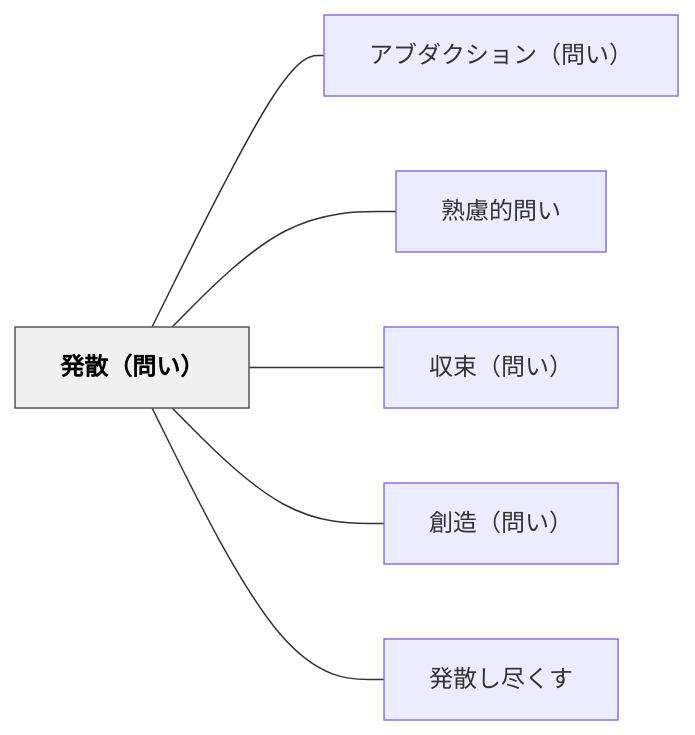
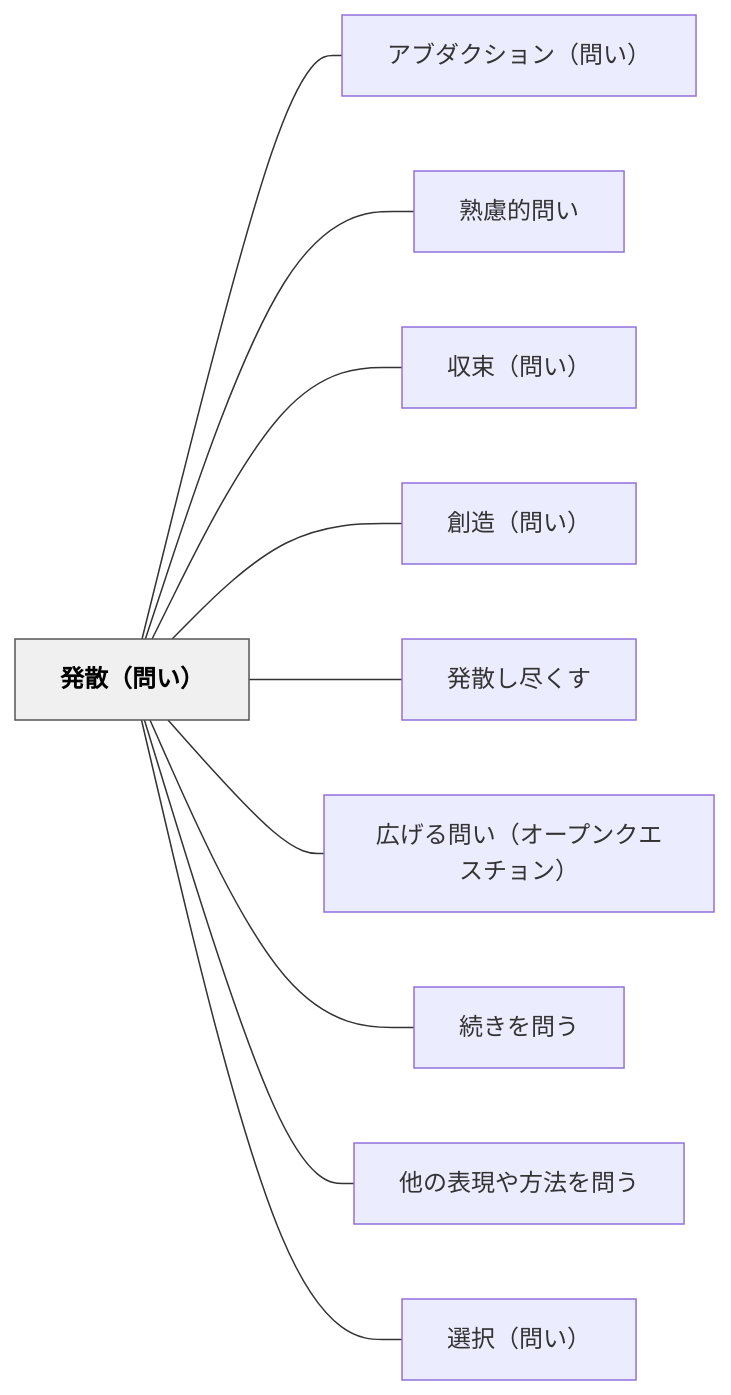
Before and after one commit to unknownthings-ed-patterns/unknownthings-ed-patterns: the diagram in content/パタン/発散（問い）.md, drawn with Mermaid. The commit also changed other lines of this file and 37 other files, not shown here.

````diff
--- a/content/パタン/発散（問い）.md
+++ b/content/パタン/発散（問い）.md
@@ -49,18 +60,26 @@
 ```mermaid
 flowchart LR
     ne799bae695a3efbc88e5958fe38184efbc89["発散（問い）"]
     ne382a2e38396e38380e382afe382b7e383a7e383b3efbc88e5958fe38184efbc89["アブダクション（問い）"]
     ne7869fe685aee79a84e5958fe38184["熟慮的問い"]
     ne58f8ee69d9fefbc88e5958fe38184efbc89["収束（問い）"]
     ne589b5e980a0efbc88e5958fe38184efbc89["創造（問い）"]
     ne799bae695a3e38197e5b0bde3818fe38199["発散し尽くす"]
+    ne5ba83e38192e3828be5958fe38184efbc88e382aae383bce38397e383b3e382afe382a8e382b9e38381e383a7e383b3efbc89["広げる問い（オープンクエスチョン）"]
+    ne7b69ae3818de38292e5958fe38186["続きを問う"]
+    ne4bb96e381aee8a1a8e78fbee38284e696b9e6b395e38292e5958fe38186["他の表現や方法を問う"]
+    ne981b8e68a9eefbc88e5958fe38184efbc89["選択（問い）"]
 
     ne799bae695a3efbc88e5958fe38184efbc89 --- ne382a2e38396e38380e382afe382b7e383a7e383b3efbc88e5958fe38184efbc89
     ne799bae695a3efbc88e5958fe38184efbc89 --- ne7869fe685aee79a84e5958fe38184
     ne799bae695a3efbc88e5958fe38184efbc89 --- ne58f8ee69d9fefbc88e5958fe38184efbc89
     ne799bae695a3efbc88e5958fe38184efbc89 --- ne589b5e980a0efbc88e5958fe38184efbc89
     ne799bae695a3efbc88e5958fe38184efbc89 --- ne799bae695a3e38197e5b0bde3818fe38199
+    ne799bae695a3efbc88e5958fe38184efbc89 --- ne5ba83e38192e3828be5958fe38184efbc88e382aae383bce38397e383b3e382afe382a8e382b9e38381e383a7e383b3efbc89
+    ne799bae695a3efbc88e5958fe38184efbc89 --- ne7b69ae3818de38292e5958fe38186
+    ne799bae695a3efbc88e5958fe38184efbc89 --- ne4bb96e381aee8a1a8e78fbee38284e696b9e6b395e38292e5958fe38186
+    ne799bae695a3efbc88e5958fe38184efbc89 --- ne981b8e68a9eefbc88e5958fe38184efbc89
 
     classDef hub fill:#f0f0f0,stroke:#555,color:#000,font-weight:bold
     class ne799bae695a3efbc88e5958fe38184efbc89 hub
 ```
````
